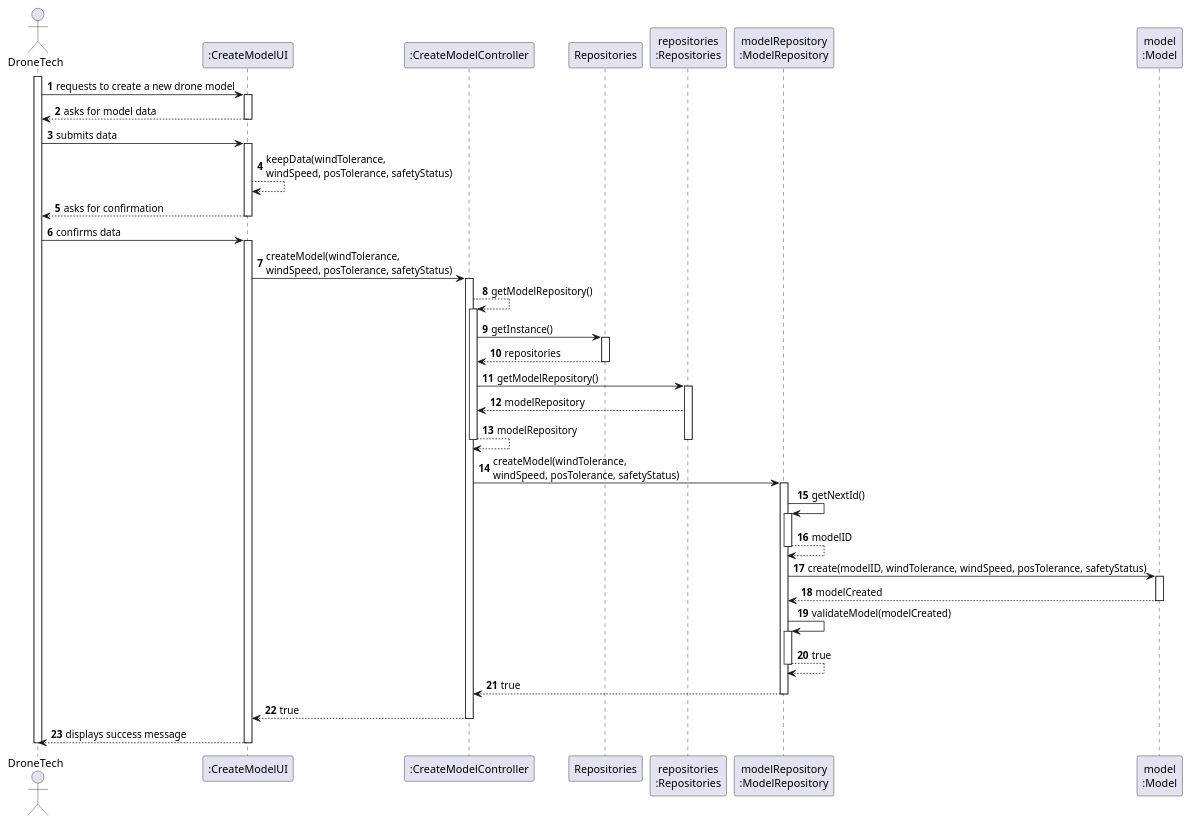
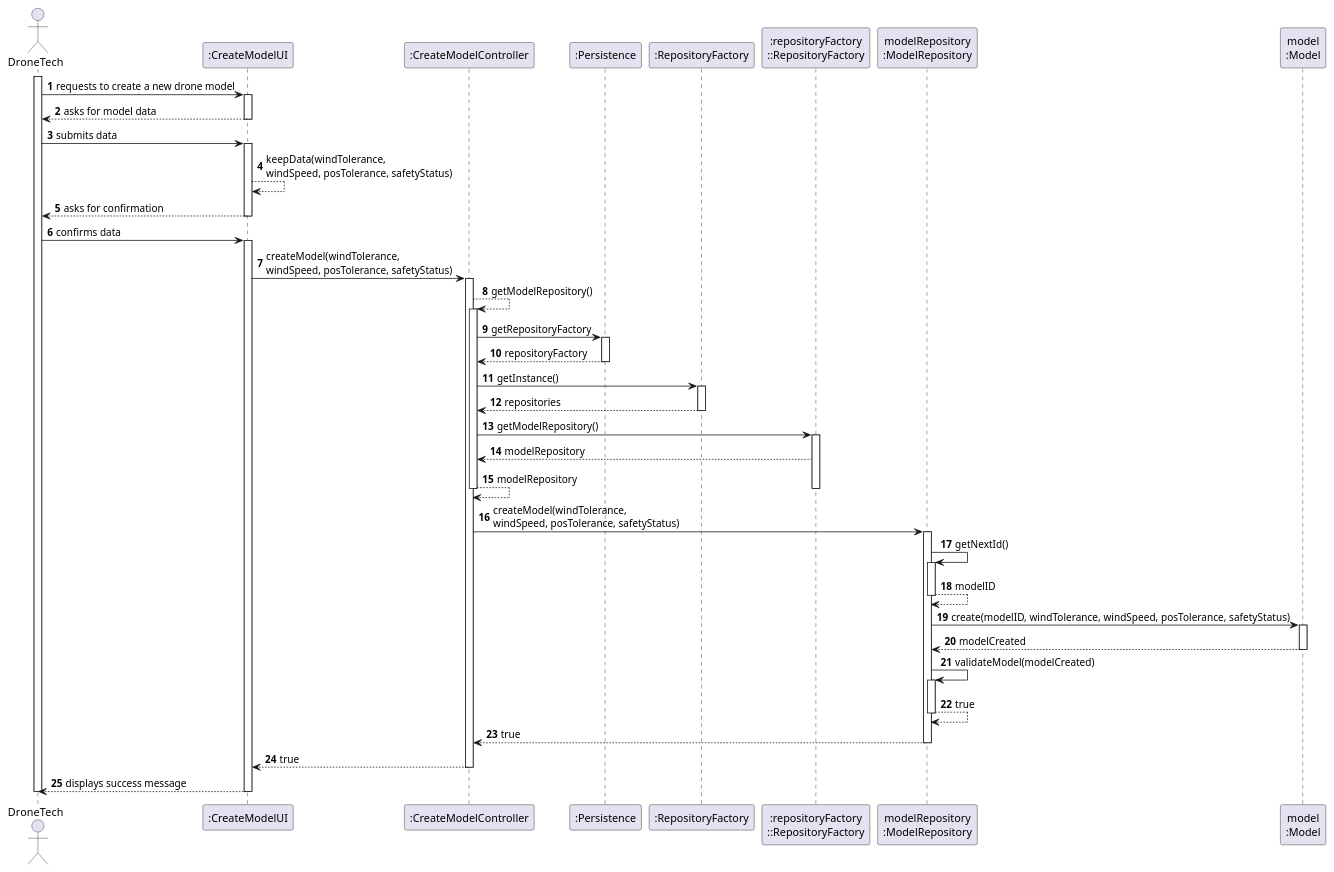
The diagram in docs/SPRINT_2/US240/puml/sequence_diagram_us240.puml (diogoveirospro/sem4pi-2024-2025-sem4pi_2024_2025_g44), drawn with PlantUML before and after one commit. The commit also changed 5 other files, not shown here.

```diff
--- a/docs/SPRINT_2/US240/puml/sequence_diagram_us240.puml
+++ b/docs/SPRINT_2/US240/puml/sequence_diagram_us240.puml
@@ -1,74 +1,79 @@
 @startuml
 'skinparam monochrome
 
 skinparam packageStyle rectangle
 skinparam shadowing false
 
 autonumber
 
 actor "DroneTech" as DT
 participant ":CreateModelUI" as UI
 participant ":CreateModelController" as CTRL
-participant "Repositories" as REPOS
-participant "repositories\n:Repositories" as REPOS_SINGLETON
+participant ":Persistence" as PERS
+participant ":RepositoryFactory" as REPOS
+participant ":repositoryFactory\n::RepositoryFactory" as REPOS_SINGLETON
 participant "modelRepository\n:ModelRepository" as MOD_REPO
 participant "model\n:Model" as MODEL
 
 activate DT
 
 DT -> UI : requests to create a new drone model
 activate UI
     UI --> DT : asks for model data
     deactivate UI
     DT -> UI : submits data
     activate UI
     UI --> UI : keepData(windTolerance, \nwindSpeed, posTolerance, safetyStatus)
     UI --> DT : asks for confirmation
     deactivate UI
     DT -> UI : confirms data
     activate UI
     UI -> CTRL : createModel(windTolerance, \nwindSpeed, posTolerance, safetyStatus)
     activate CTRL
         CTRL --> CTRL :getModelRepository()
         activate CTRL
+        CTRL -> PERS : getRepositoryFactory
+                                                activate PERS
+                                                PERS --> CTRL : repositoryFactory
+                                                deactivate PERS
         CTRL -> REPOS : getInstance()
         activate REPOS
             REPOS --> CTRL : repositories
         deactivate REPOS
 
         CTRL -> REPOS_SINGLETON : getModelRepository()
         activate REPOS_SINGLETON
             REPOS_SINGLETON --> CTRL : modelRepository
         CTRL -->CTRL : modelRepository
         deactivate REPOS_SINGLETON
         deactivate CTRL
             CTRL -> MOD_REPO : createModel(windTolerance, \nwindSpeed, posTolerance, safetyStatus)
 
             activate MOD_REPO
         MOD_REPO -> MOD_REPO : getNextId()
         activate MOD_REPO
         MOD_REPO --> MOD_REPO : modelID
         deactivate MOD_REPO
 
         MOD_REPO -> MODEL : create(modelID, windTolerance, windSpeed, posTolerance, safetyStatus)
         activate MODEL
         MODEL -->MOD_REPO : modelCreated
         deactivate MODEL
                     MOD_REPO -> MOD_REPO: validateModel(modelCreated)
                     activate MOD_REPO
                         MOD_REPO --> MOD_REPO : true
                     deactivate MOD_REPO
 
                     MOD_REPO --> CTRL : true
 
         deactivate MOD_REPO
 
         CTRL --> UI : true
 
     deactivate CTRL
 
 UI --> DT : displays success message
 deactivate UI
 deactivate DT
 
 @enduml
```
